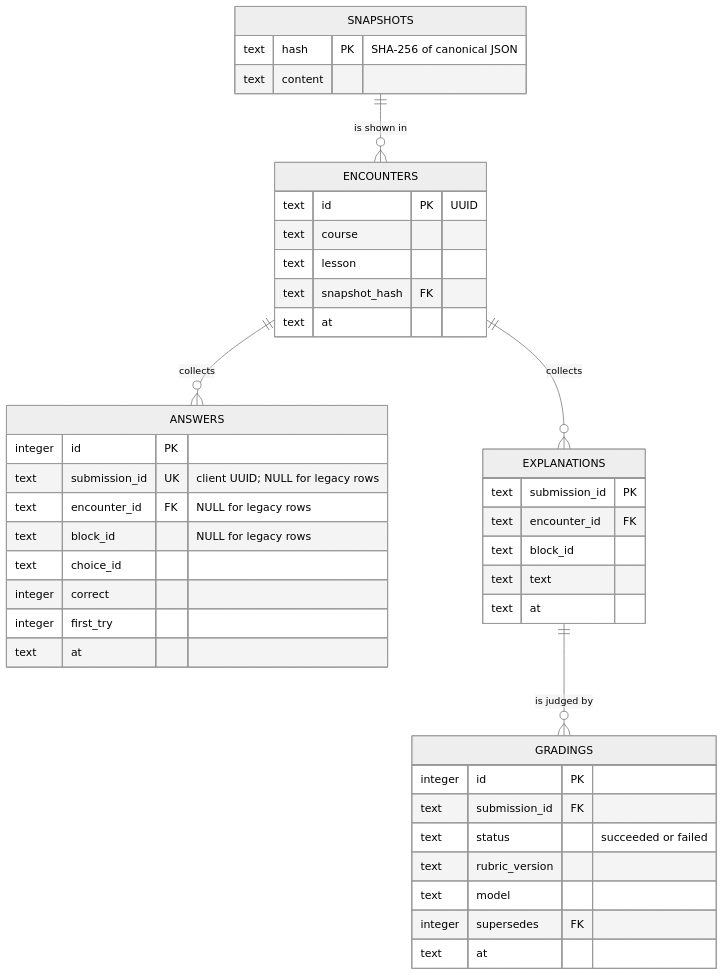
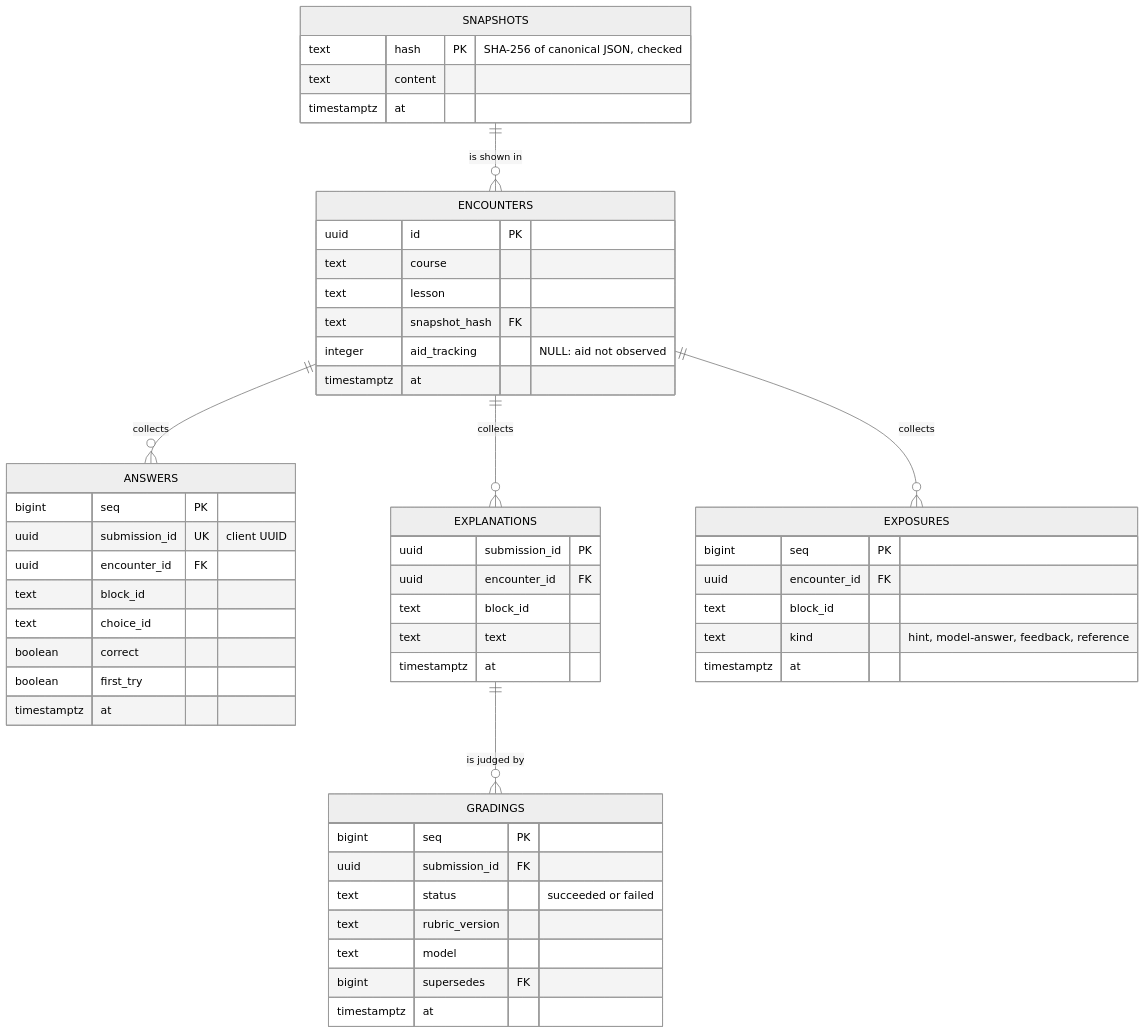
Before and after one commit to flyingrobots/school: the second of 3 diagrams in docs/topics/architecture/README.md, drawn with Mermaid (neutral theme). The commit also changed other lines of this file and 3 other files, not shown here.

````diff
--- a/docs/topics/architecture/README.md
+++ b/docs/topics/architecture/README.md
@@ -123,44 +134,54 @@
 ```mermaid
 erDiagram
     SNAPSHOTS ||--o{ ENCOUNTERS : "is shown in"
     ENCOUNTERS ||--o{ ANSWERS : "collects"
     ENCOUNTERS ||--o{ EXPLANATIONS : "collects"
+    ENCOUNTERS ||--o{ EXPOSURES : "collects"
     EXPLANATIONS ||--o{ GRADINGS : "is judged by"
     SNAPSHOTS {
-        text hash PK "SHA-256 of canonical JSON"
+        text hash PK "SHA-256 of canonical JSON, checked"
         text content
+        timestamptz at
     }
     ENCOUNTERS {
-        text id PK "UUID"
+        uuid id PK
         text course
         text lesson
         text snapshot_hash FK
-        text at
+        integer aid_tracking "NULL: aid not observed"
+        timestamptz at
     }
     ANSWERS {
-        integer id PK
-        text submission_id UK "client UUID; NULL for legacy rows"
-        text encounter_id FK "NULL for legacy rows"
-        text block_id "NULL for legacy rows"
+        bigint seq PK
+        uuid submission_id UK "client UUID"
+        uuid encounter_id FK
+        text block_id
         text choice_id
-        integer correct
-        integer first_try
-        text at
+        boolean correct
+        boolean first_try
+        timestamptz at
     }
     EXPLANATIONS {
-        text submission_id PK
-        text encounter_id FK
+        uuid submission_id PK
+        uuid encounter_id FK
         text block_id
         text text
-        text at
+        timestamptz at
     }
     GRADINGS {
-        integer id PK
-        text submission_id FK
+        bigint seq PK
+        uuid submission_id FK
         text status "succeeded or failed"
         text rubric_version
         text model
-        integer supersedes FK
-        text at
+        bigint supersedes FK
+        timestamptz at
+    }
+    EXPOSURES {
+        bigint seq PK
+        uuid encounter_id FK
+        text block_id
+        text kind "hint, model-answer, feedback, reference"
+        timestamptz at
     }
 ```
````
